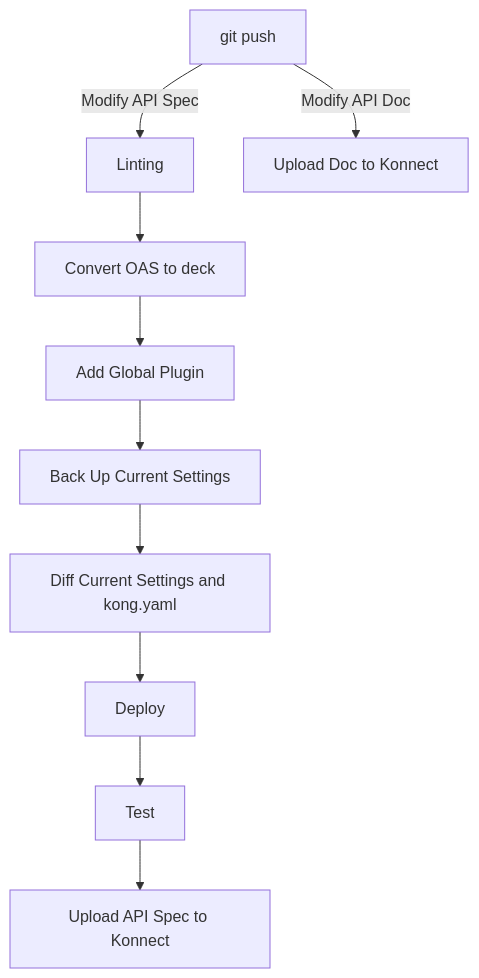
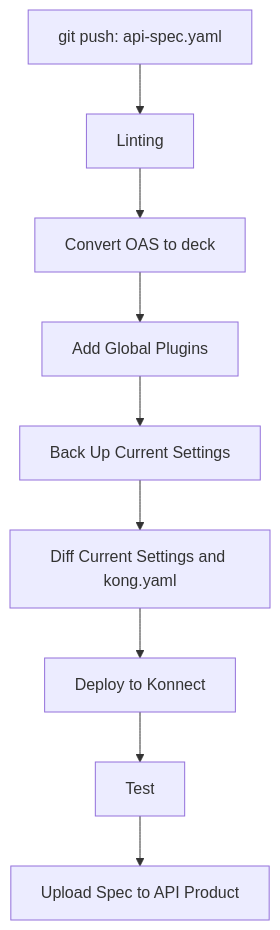
Before and after one commit to shukawam/konnect-apiops-template: the second of 3 diagrams in README.md, drawn with Mermaid. The commit also changed other lines of this file and 1 other file, not shown here.

Commit message:
Add new flow for creating Dev Portal and APIs

````diff
--- a/README.md
+++ b/README.md
@@ -12,12 +60,11 @@
 ```mermaid
 graph TD;
-    A[ git push ] -->| Modify API Spec | B[ Linting ]
-    A -->| Modify API Doc | C[ Upload Doc to Konnect ]
-    B --> D[ Convert OAS to deck ]
-    D --> E[ Add Global Plugin ]
-    E --> F[ Back Up Current Settings ]
-    F --> G[ Diff Current Settings and kong.yaml ]
-    G --> H[ Deploy ]
-    H --> I[ Test ]
-    I --> J[ Upload API Spec to Konnect ]
+        I[git push: api-spec.yaml] --> J[Linting];
+        J --> K[Convert OAS to deck];
+        K --> L[Add Global Plugins];
+        L --> M[ Back Up Current Settings ]
+        M --> N[ Diff Current Settings and kong.yaml ]
+        N --> O[Deploy to Konnect];
+        O --> P[Test];
+        P --> Q[Upload Spec to API Product];
 ```
````
